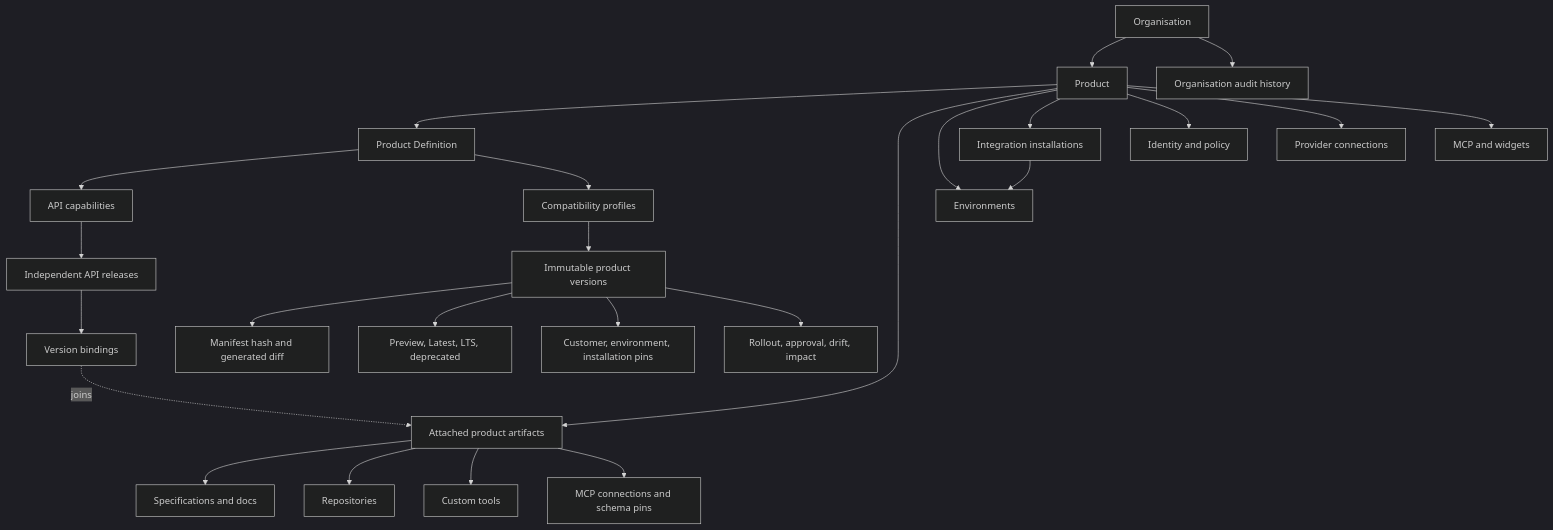
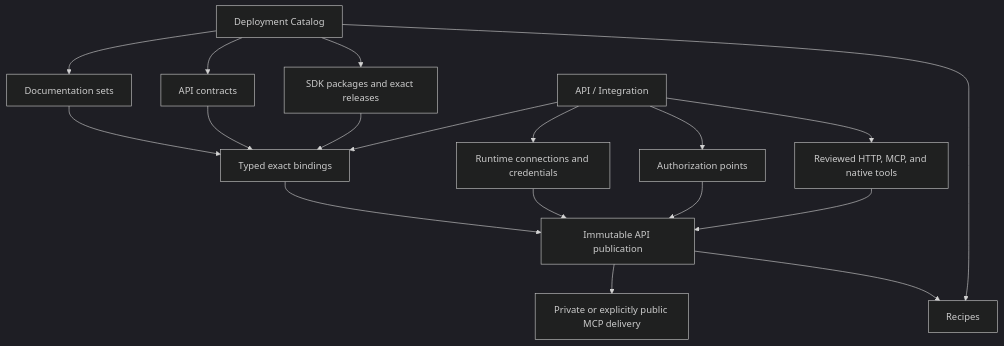
Before and after one commit to Dokosoko-AI/dokosoko-docs: the second of 2 diagrams in src/content/docs/concepts/architecture.md, drawn with Mermaid (dark theme). The commit also changed other lines of this file and 42 other files, not shown here.

````diff
--- a/src/content/docs/concepts/architecture.md
+++ b/src/content/docs/concepts/architecture.md
@@ -56,27 +45,20 @@
 ```mermaid
 flowchart TD
-    Org[Organisation] --> Product[Product]
-    Product --> Definition[Product Definition]
-    Definition --> Capability[API capabilities]
-    Capability --> Release[Independent API releases]
-    Release --> Bindings[Version bindings]
-    Definition --> Profiles[Compatibility profiles]
-    Profiles --> ProductVersion[Immutable product versions]
-    ProductVersion --> Integrity[Manifest hash and generated diff]
-    ProductVersion --> Channels[Preview, Latest, LTS, deprecated]
-    ProductVersion --> Pins[Customer, environment, installation pins]
-    ProductVersion --> Governance[Rollout, approval, drift, impact]
-    Product --> Attached[Attached product artifacts]
-    Attached --> Sources[Specifications and docs]
-    Attached --> Repositories[Repositories]
-    Attached --> Tools[Custom tools]
-    Attached --> MCPConnections[MCP connections and schema pins]
-    Bindings -. joins .-> Attached
-    Product --> Env[Environments]
-    Product --> Installations[Integration installations]
-    Installations --> Env
-    Product --> Identity[Identity and policy]
-    Product --> Provider[Provider connections]
-    Product --> Distribution[MCP and widgets]
-    Org --> Audit[Organisation audit history]
+    Deployment[Deployment Catalog] --> Docs[Documentation sets]
+    Deployment --> Contracts[API contracts]
+    Deployment --> SDKs[SDK packages and exact releases]
+    Deployment --> Recipes[Recipes]
+    API[API / Integration] --> Bindings[Typed exact bindings]
+    Docs --> Bindings
+    Contracts --> Bindings
+    SDKs --> Bindings
+    API --> Runtime[Runtime connections and credentials]
+    API --> Auth[Authorization points]
+    API --> Tools[Reviewed HTTP, MCP, and native tools]
+    Bindings --> Publication[Immutable API publication]
+    Runtime --> Publication
+    Auth --> Publication
+    Tools --> Publication
+    Publication --> MCP[Private or explicitly public MCP delivery]
+    Publication --> Recipes
 ```
````
